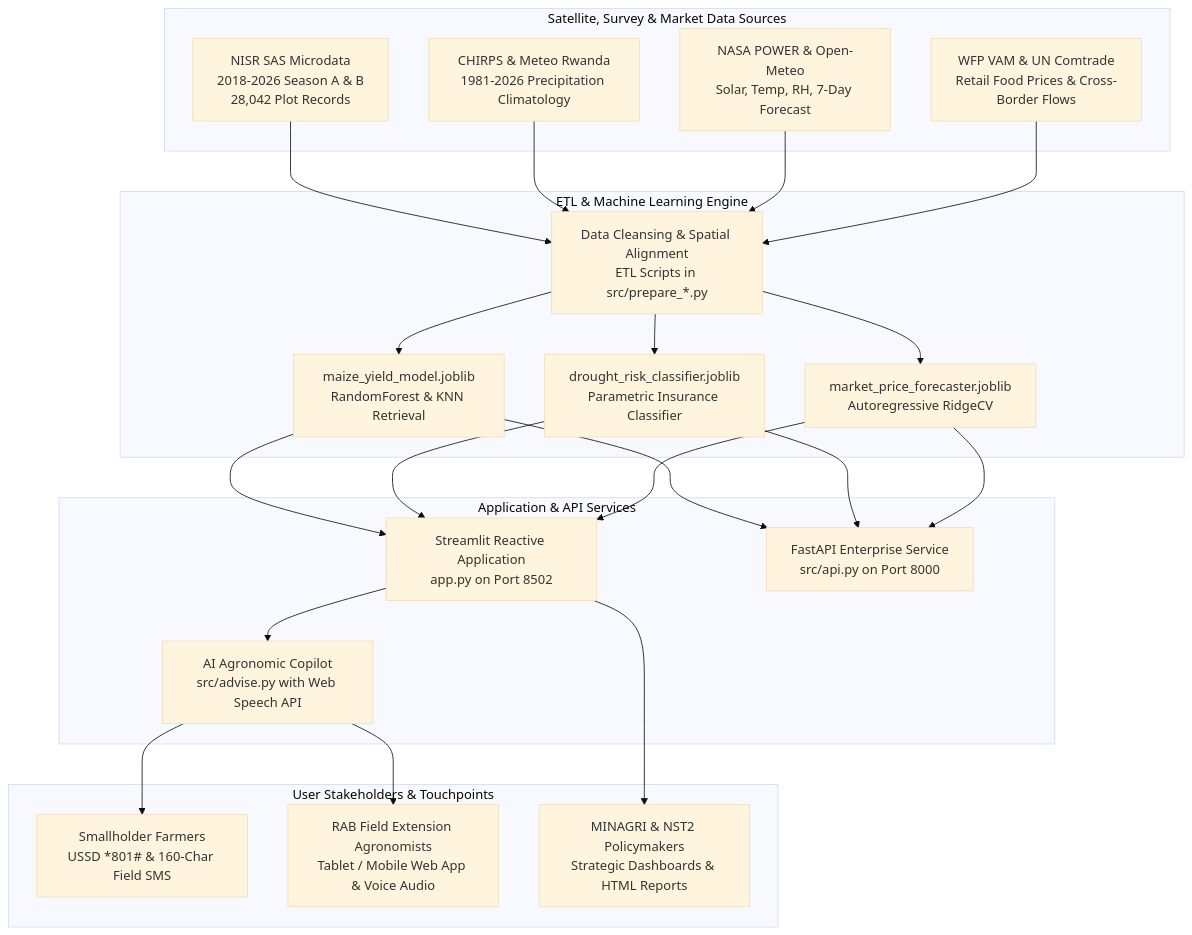
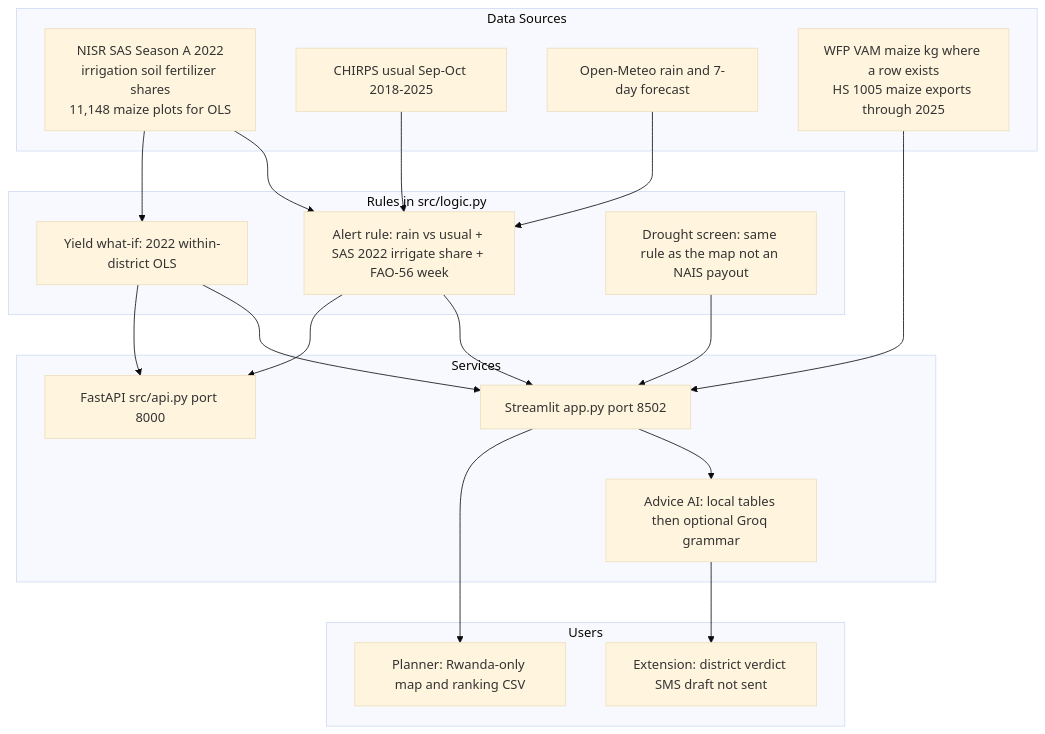
One commit to rahe12/CropWatch-Rwanda changed the diagram in README.md. Above: the diagram before and after it, drawn with Mermaid (base theme). The commit also changed other lines of this file and 34 other files, not shown here.

First line of the commit message:
Add the NISR demo screen recording and publish an honest CropWatch desk.

````diff
--- a/README.md
+++ b/README.md
@@ -37,46 +41,40 @@
 ```mermaid
 flowchart TD
-    subgraph Data Sources [Satellite, Survey & Market Data Sources]
-        A1[NISR SAS Microdata\n2018-2026 Season A & B\n28,042 Plot Records]
-        A2[CHIRPS & Meteo Rwanda\n1981-2026 Precipitation Climatology]
-        A3[NASA POWER & Open-Meteo\nSolar, Temp, RH, 7-Day Forecast]
-        A4[WFP VAM & UN Comtrade\nRetail Food Prices & Cross-Border Flows]
+    subgraph Data Sources
+        A1[NISR SAS Season A 2022\nirrigation soil fertilizer shares\n11,148 maize plots for OLS]
+        A2[CHIRPS usual Sep-Oct 2018-2025]
+        A3[Open-Meteo rain and 7-day forecast]
+        A4[WFP VAM maize kg where a row exists\nHS 1005 maize exports through 2025]
     end
 
-    subgraph Processing & Models [ETL & Machine Learning Engine]
-        B1[Data Cleansing & Spatial Alignment\nETL Scripts in src/prepare_*.py]
-        B2[maize_yield_model.joblib\nRandomForest & KNN Retrieval]
-        B3[drought_risk_classifier.joblib\nParametric Insurance Classifier]
-        B4[market_price_forecaster.joblib\nAutoregressive RidgeCV]
+    subgraph Rules in src/logic.py
+        B1[Alert rule: rain vs usual + SAS 2022 irrigate share + FAO-56 week]
+        B2[Yield what-if: 2022 within-district OLS]
+        B3[Drought screen: same rule as the map not an NAIS payout]
     end
 
-    subgraph Services [Application & API Services]
-        C1[Streamlit Reactive Application\napp.py on Port 8502]
-        C2[FastAPI Enterprise Service\nsrc/api.py on Port 8000]
-        C3[AI Agronomic Copilot\nsrc/advise.py with Web Speech API]
+    subgraph Services
+        C1[Streamlit app.py port 8502]
+        C2[FastAPI src/api.py port 8000]
+        C3[Advice AI: local tables then optional Groq grammar]
     end
 
-    subgraph Users [User Stakeholders & Touchpoints]
-        D1[Smallholder Farmers\nUSSD *801# & 160-Char Field SMS]
-        D2[RAB Field Extension Agronomists\nTablet / Mobile Web App & Voice Audio]
-        D3[MINAGRI & NST2 Policymakers\nStrategic Dashboards & HTML Reports]
+    subgraph Users
+        D1[Extension: district verdict SMS draft not sent]
+        D2[Planner: Rwanda-only map and ranking CSV]
     end
 
     A1 --> B1
+    A1 --> B2
     A2 --> B1
     A3 --> B1
-    A4 --> B1
-    B1 --> B2
-    B1 --> B3
-    B1 --> B4
+    A4 --> C1
+    B1 --> C1
     B2 --> C1
     B3 --> C1
-    B4 --> C1
+    B1 --> C2
     B2 --> C2
-    B3 --> C2
-    B4 --> C2
     C1 --> C3
     C3 --> D1
-    C3 --> D2
-    C1 --> D3
+    C1 --> D2
 ```
````
